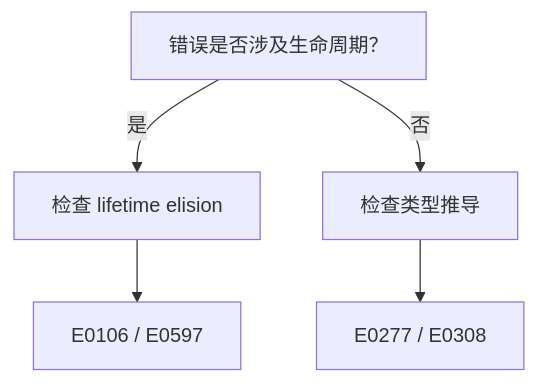
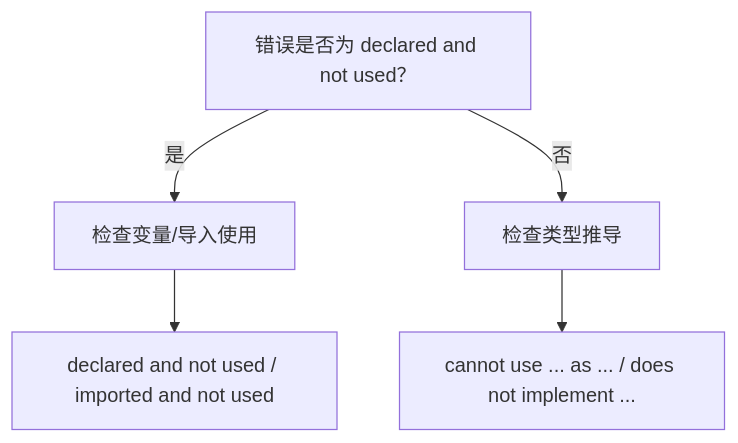
The second of 3 diagrams in .kimi/kimi_thinking_representation_requirements.md (AdaMartin18010/golang), drawn with Mermaid before and after one commit. The commit also changed other lines of this file and 86 other files, not shown here.

````diff
--- a/.kimi/kimi_thinking_representation_requirements.md
+++ b/.kimi/kimi_thinking_representation_requirements.md
@@ -170,7 +176,7 @@
 ```mermaid
 flowchart TD
-    A[错误是否涉及生命周期？] -- 是 --> B[检查 lifetime elision]
+    A[错误是否为 declared and not used？] -- 是 --> B[检查变量/导入使用]
     A -- 否 --> C[检查类型推导]
-    B --> D[E0106 / E0597]
-    C --> E[E0277 / E0308]
+    B --> D["declared and not used / imported and not used"]
+    C --> E["cannot use ... as ... / does not implement ..."]
 ```
````
